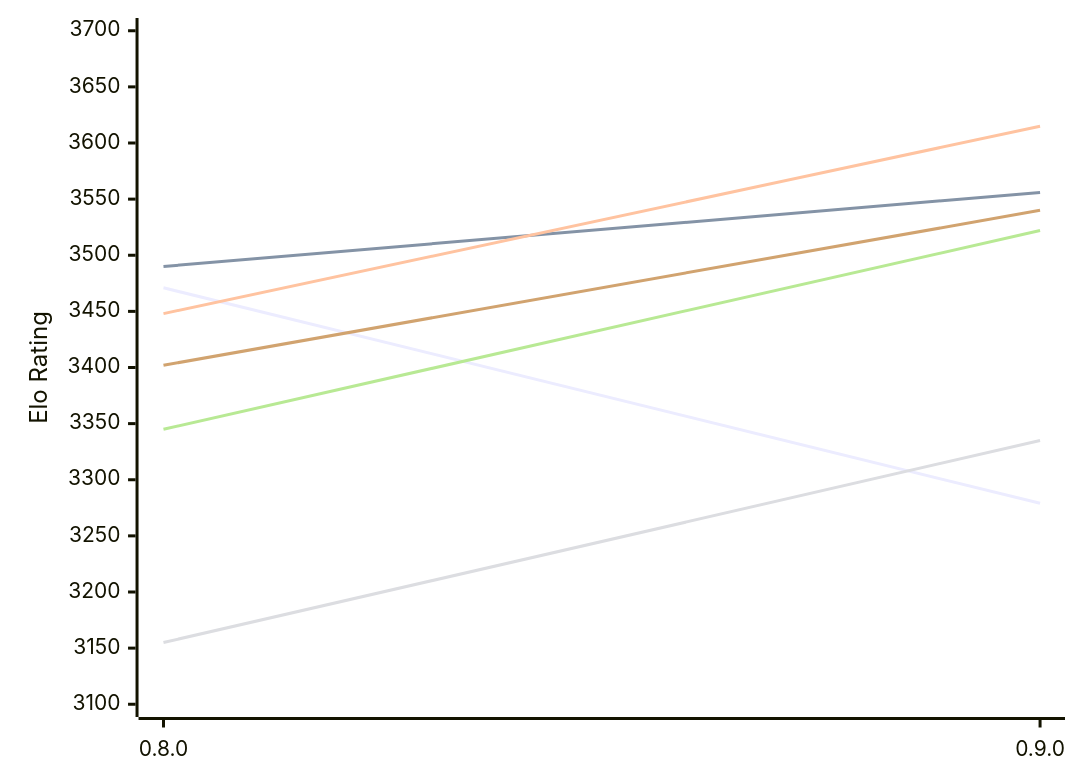
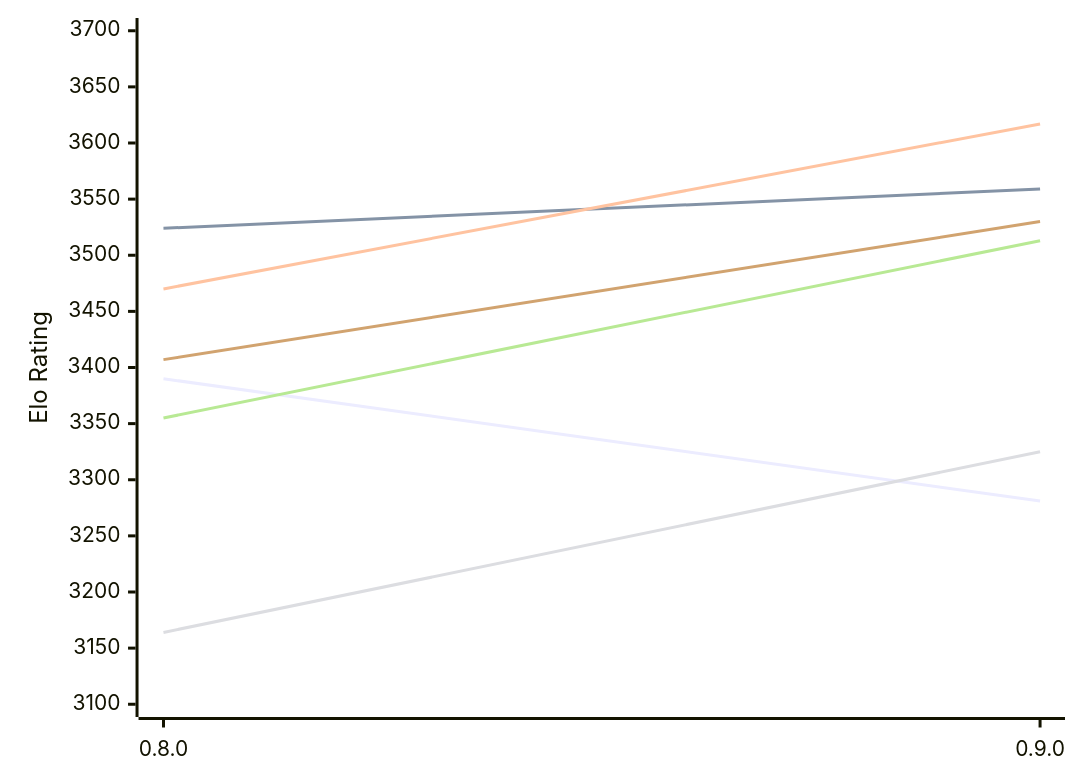
One commit to computer-chess-index/cci changed the first of 2 diagrams in engines/Motor.md. Above: the diagram before and after it, drawn with Mermaid. The commit also changed other lines of this file, not shown here.

Commit message:
Update CCI Ratings (ELO VLTC) - 2026-11-15

````diff
--- a/engines/Motor.md
+++ b/engines/Motor.md
@@ -51,12 +51,12 @@
 ```mermaid
 %%{init: {"theme":"base","themeVariables":{"seriesColors:['#a3a3a3','#222221','#faa371']}}}%%
 xychart-beta
   x-axis ["0.8.0", "0.9.0"]
   y-axis "Elo Rating" 3100 --> 3700
-  line "E1: STC (8.0+0.08s)" [3471, 3279]
-  line "E1: LTC (60.0+0.60s)" [3490, 3556]
-  line "E1: VLTC (2m24s+1.12s)" [3448, 3615]
-  line "P1: STC (8.0+0.08s)" [3155, 3335]
-  line "P1: LTC (60.0+0.60s)" [3345, 3522]
-  line "P1: VLTC (2m24s+1.12s)" [3402, 3540]
+  line "E1: STC (8.0+0.08s)" [3390, 3281]
+  line "E1: LTC (60.0+0.60s)" [3524, 3559]
+  line "E1: VLTC (2m24s+1.12s)" [3470, 3617]
+  line "P1: STC (8.0+0.08s)" [3164, 3325]
+  line "P1: LTC (60.0+0.60s)" [3355, 3513]
+  line "P1: VLTC (2m24s+1.12s)" [3407, 3530]
 ```
````
